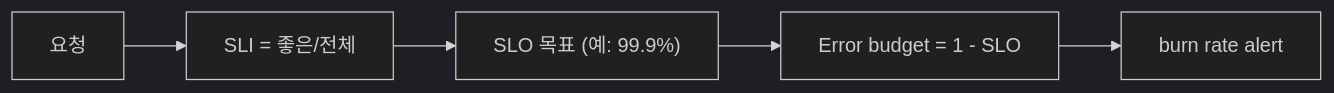
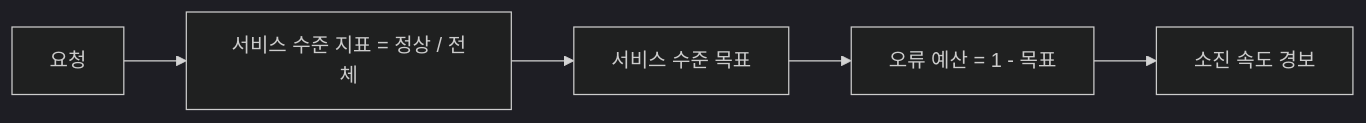
One commit to yeongseon-books/book-content changed the diagram in content/observability-101/ko/08-sli-and-slo.md. Above: the diagram before and after it, drawn with Mermaid (dark theme). The commit also changed other lines of this file and 9 other files, not shown here.

````diff
--- a/content/observability-101/ko/08-sli-and-slo.md
+++ b/content/observability-101/ko/08-sli-and-slo.md
@@ -35,7 +49,7 @@
 ```mermaid
 flowchart LR
-    Req["요청"] --> SLI["SLI = 좋은/전체"]
-    SLI --> SLO["SLO 목표 (예: 99.9%)"]
-    SLO --> Budget["Error budget = 1 - SLO"]
-    Budget --> Burn["burn rate alert"]
+    Req["요청"] --> SLI["서비스 수준 지표 = 정상 / 전체"]
+    SLI --> SLO["서비스 수준 목표"]
+    SLO --> Budget["오류 예산 = 1 - 목표"]
+    Budget --> Burn["소진 속도 경보"]
 ```
````
